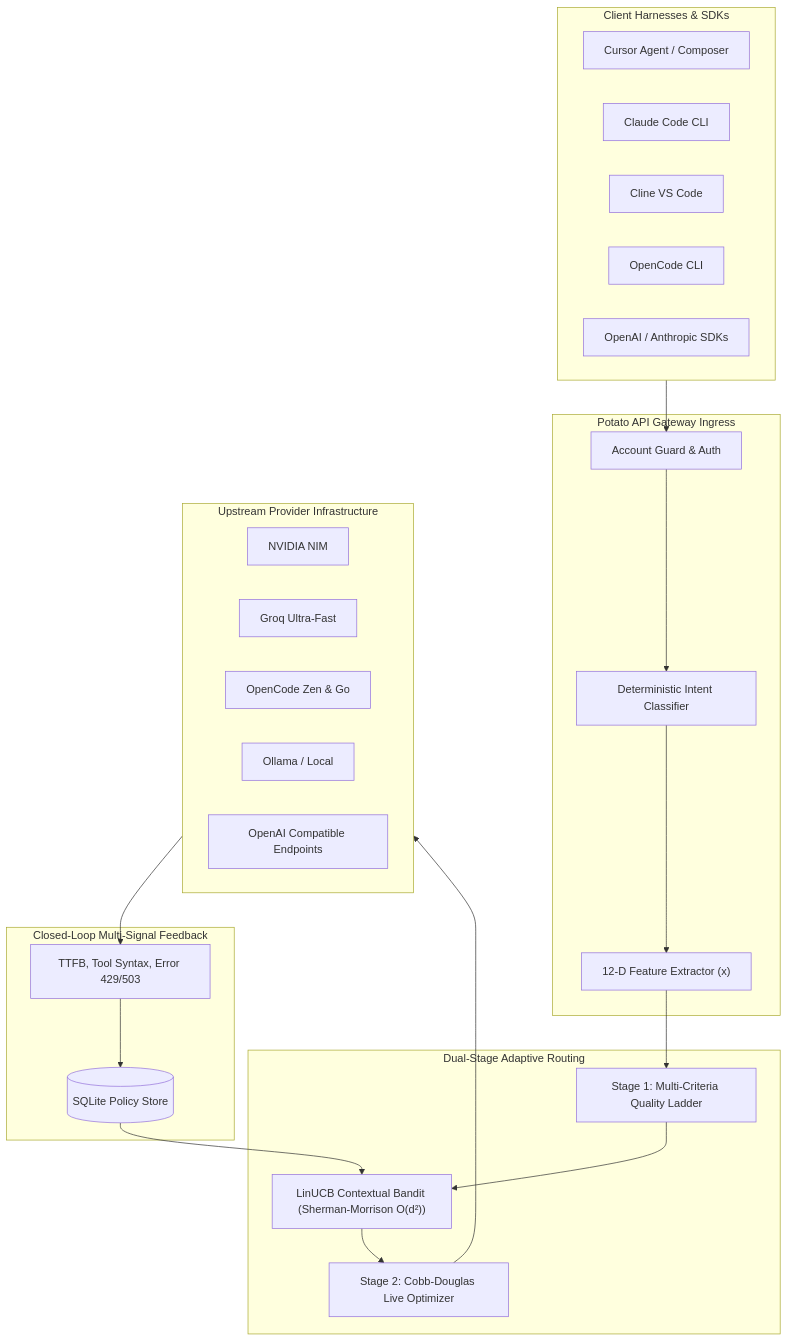
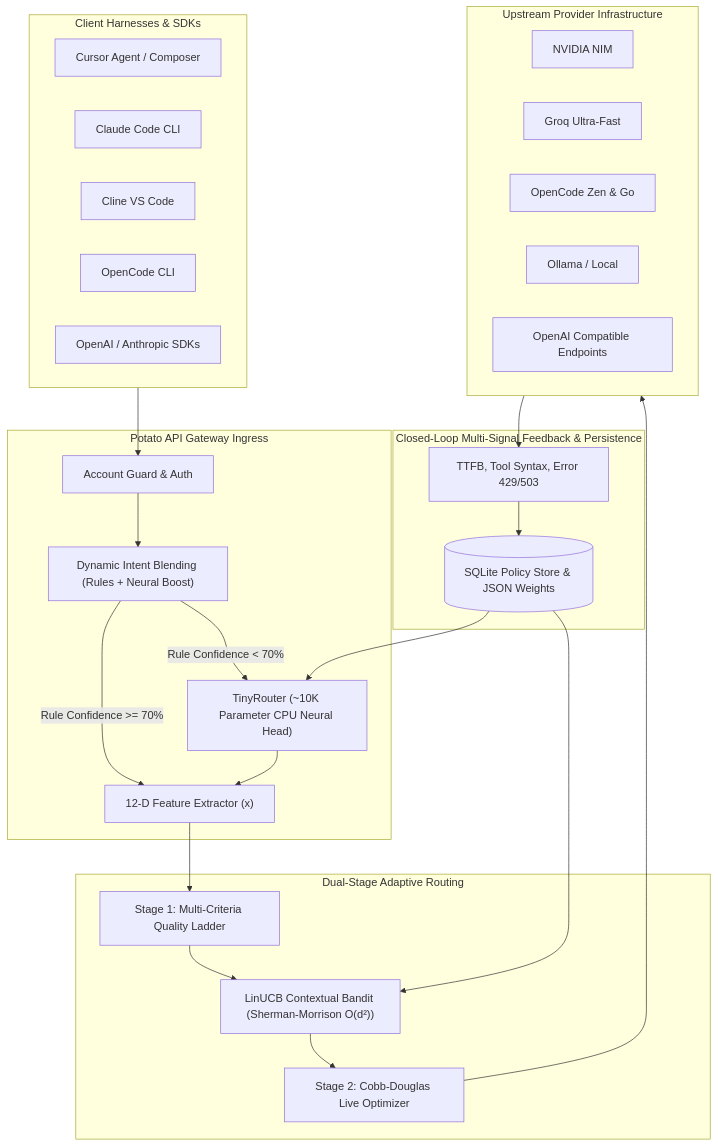
Before and after one commit to vskrch/Nimmakai: the diagram in README.md, drawn with Mermaid. The commit also changed other lines of this file and 5 other files, not shown here.

Commit message:
feat: integrate TinyRouter for sub-millisecond intent classification and add persistent weight saving to the feedback loop.

````diff
--- a/README.md
+++ b/README.md
@@ -17,46 +17,50 @@
 ```mermaid
 flowchart TD
     subgraph Client ["Client Harnesses & SDKs"]
         Cursor["Cursor Agent / Composer"]
         Claude["Claude Code CLI"]
         Cline["Cline VS Code"]
         OpenCode["OpenCode CLI"]
         SDK["OpenAI / Anthropic SDKs"]
     end
 
     subgraph Ingress ["Potato API Gateway Ingress"]
         Auth["Account Guard & Auth"]
-        Classifier["Deterministic Intent Classifier"]
+        Classifier["Dynamic Intent Blending (Rules + Neural Boost)"]
+        TinyRouter["TinyRouter (~10K Parameter CPU Neural Head)"]
         Extractor["12-D Feature Extractor (x)"]
     end
 
     subgraph Routing ["Dual-Stage Adaptive Routing"]
         Ladder["Stage 1: Multi-Criteria Quality Ladder"]
         LinUCB["LinUCB Contextual Bandit (Sherman-Morrison O(d²))"]
         Optimizer["Stage 2: Cobb-Douglas Live Optimizer"]
     end
 
     subgraph Pool ["Upstream Provider Infrastructure"]
         NIM["NVIDIA NIM"]
         Groq["Groq Ultra-Fast"]
         OpenCodeGo["OpenCode Zen & Go"]
         Ollama["Ollama / Local"]
         Custom["OpenAI Compatible Endpoints"]
     end
 
-    subgraph Feedback ["Closed-Loop Multi-Signal Feedback"]
+    subgraph Feedback ["Closed-Loop Multi-Signal Feedback & Persistence"]
         Telemetry["TTFB, Tool Syntax, Error 429/503"]
-        DB[(SQLite Policy Store)]
+        DB[(SQLite Policy Store & JSON Weights)]
     end
 
     Client --> Auth
     Auth --> Classifier
-    Classifier --> Extractor
+    Classifier -->|Rule Confidence < 70%| TinyRouter
+    Classifier -->|Rule Confidence >= 70%| Extractor
+    TinyRouter --> Extractor
     Extractor --> Ladder
     Ladder --> LinUCB
     LinUCB --> Optimizer
     Optimizer --> Pool
     Pool --> Telemetry
     Telemetry --> DB
     DB --> LinUCB
+    DB --> TinyRouter
 ```
````
